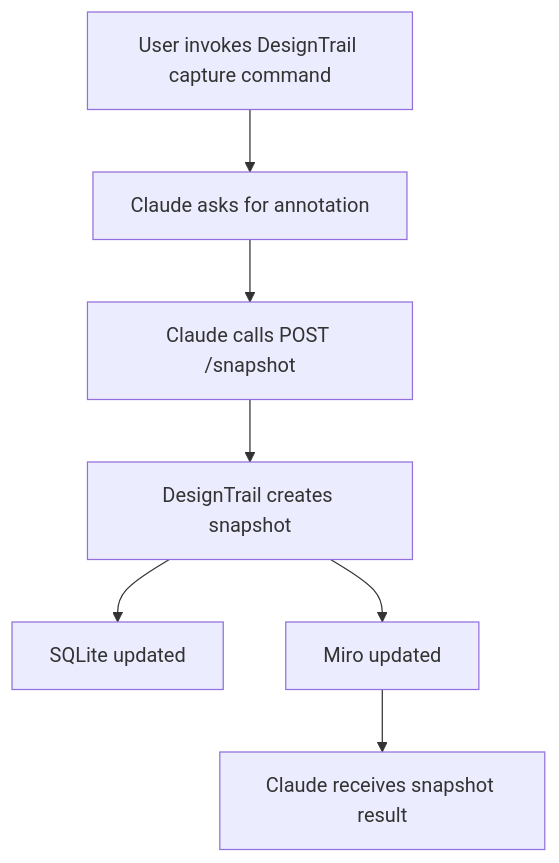
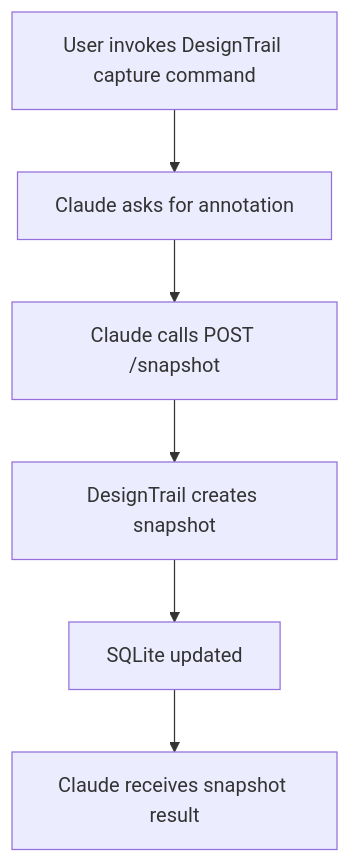
One commit to andytluminosity/DesignTrail changed the diagram in integrations/claude/capture-design.md. Above: the diagram before and after it, drawn with Mermaid. The commit also changed other lines of this file and 7 other files, not shown here.

````diff
--- a/integrations/claude/capture-design.md
+++ b/integrations/claude/capture-design.md
@@ -19,9 +18,8 @@
 ```mermaid
 flowchart TD
   user[User invokes DesignTrail capture command] --> prompt[Claude asks for annotation]
   prompt --> request[Claude calls POST /snapshot]
   request --> snapshot[DesignTrail creates snapshot]
   snapshot --> sqlite[SQLite updated]
-  snapshot --> miro[Miro updated]
-  miro --> response[Claude receives snapshot result]
+  sqlite --> response[Claude receives snapshot result]
 ```
````
